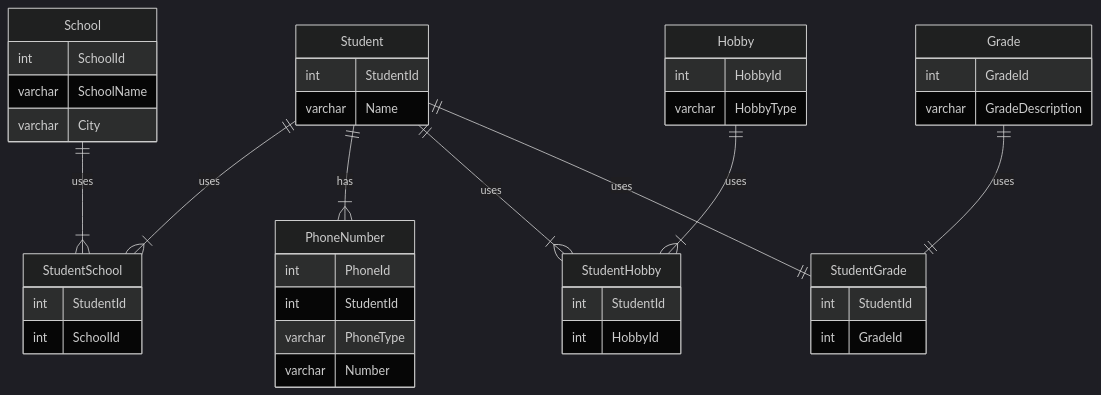
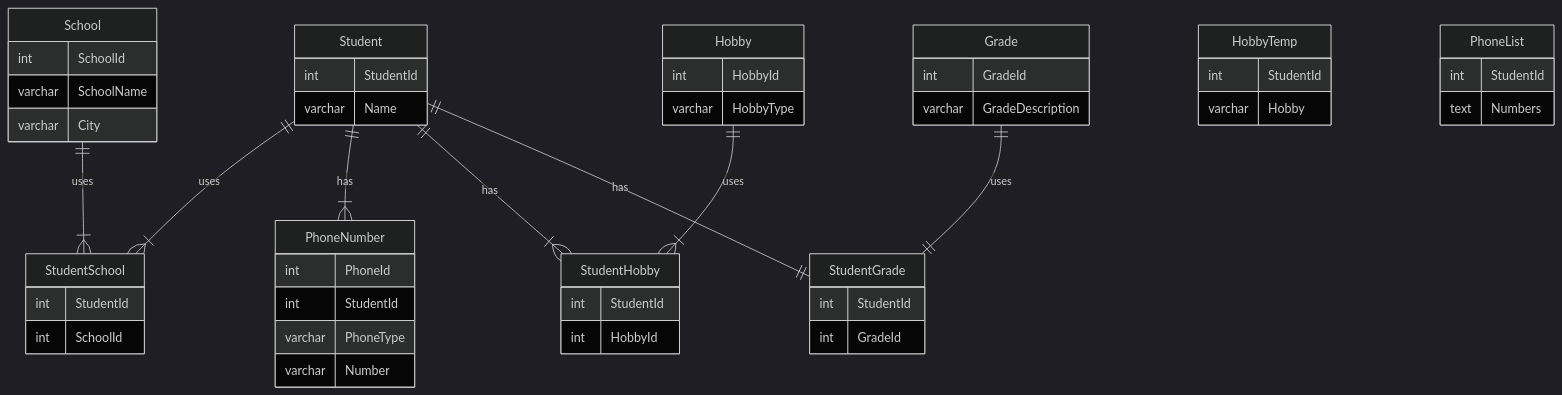
The diagram in README.md (HannahDJU22/db2022-Projekt1), drawn with Mermaid (dark theme) before and after one commit.

Commit message:
updated er-diagram with views

````diff
--- a/README.md
+++ b/README.md
@@ -6,45 +6,53 @@
 ```mermaid
 erDiagram
 Student {
 int StudentId
 varchar Name
 }
 School {
 int SchoolId
 varchar SchoolName
 varchar City
 }
 StudentSchool{
 int StudentId
 int SchoolId
 }
 PhoneNumber{
 int PhoneId
 int StudentId
 varchar PhoneType
 varchar Number
 }
 Hobby{
 int HobbyId
 varchar HobbyType
 }
 StudentHobby{
 int StudentId
 int HobbyId
 }
 Grade{
 int GradeId
 varchar GradeDescription
 }
 StudentGrade{
 int StudentId
 int GradeId
 }
+HobbyTemp{
+int StudentId
+varchar Hobby
+}
+PhoneList{
+int StudentId
+text Numbers
+}
 Student ||--|{ StudentSchool : uses
 School ||--|{ StudentSchool : uses
 Student ||--|{ PhoneNumber : has
-Student ||--|{ StudentHobby : uses
+Student ||--|{ StudentHobby : has
 Hobby ||--|{ StudentHobby : uses
-Student ||--|| StudentGrade : uses
+Student ||--|| StudentGrade : has
 Grade ||--|| StudentGrade : uses
 ```
````
